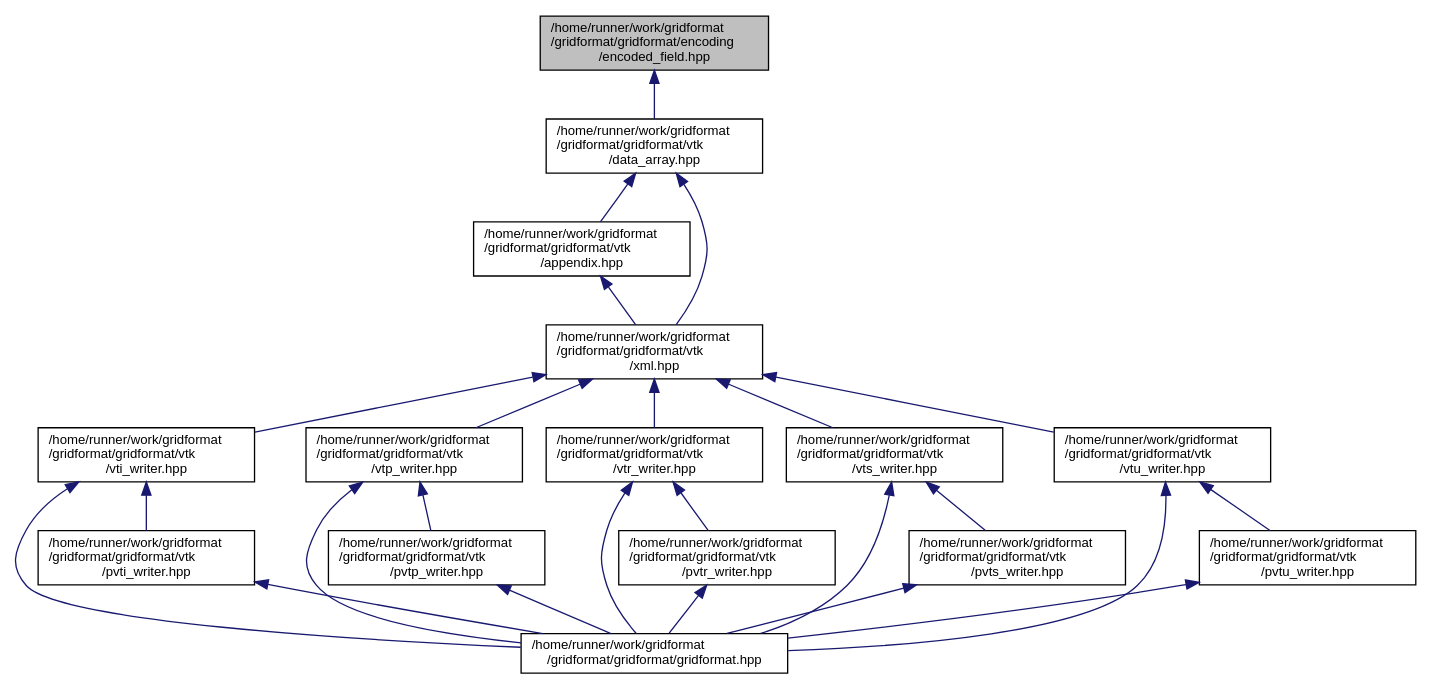
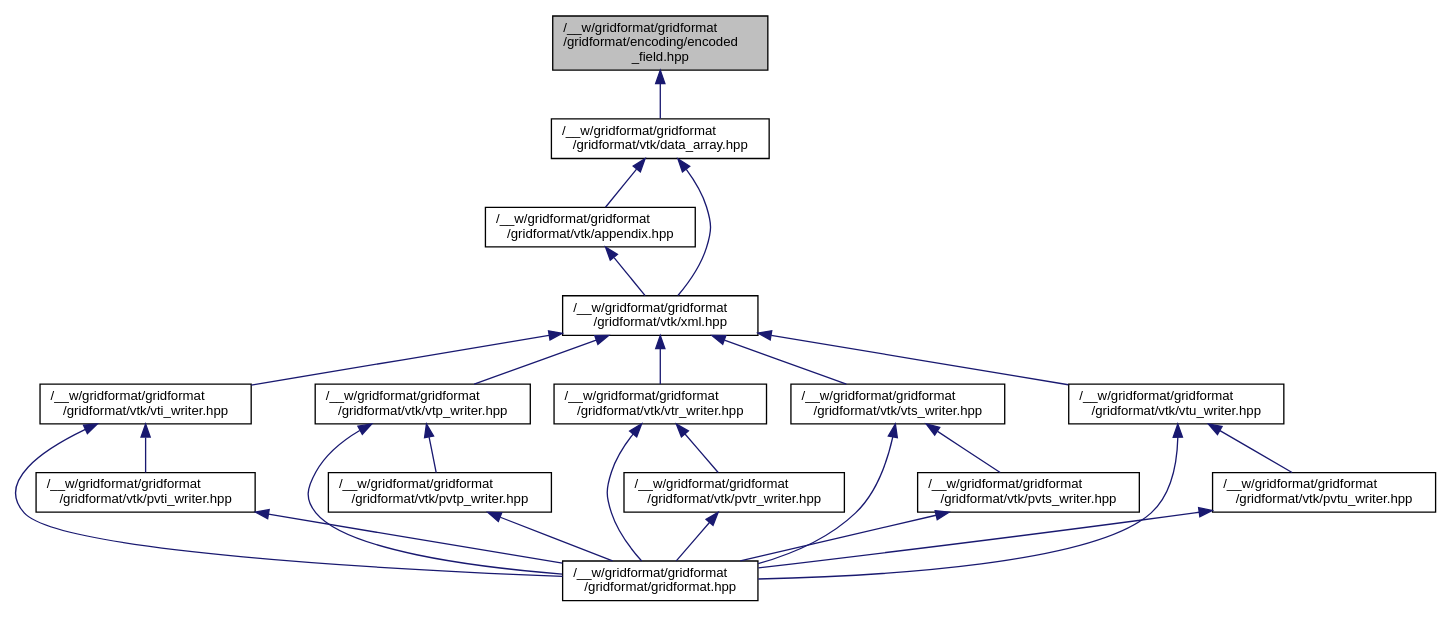
One commit to dglaeser/gridformat changed the diagram in encoded__field_8hpp__dep__incl.dot. Above: the diagram before and after it, drawn with Graphviz. The commit also changed 329 other files, not shown here.

```diff
--- a/encoded__field_8hpp__dep__incl.dot
+++ b/encoded__field_8hpp__dep__incl.dot
@@ -1,45 +1,45 @@
-digraph "/home/runner/work/gridformat/gridformat/gridformat/encoding/encoded_field.hpp"
+digraph "/__w/gridformat/gridformat/gridformat/encoding/encoded_field.hpp"
 {
  // LATEX_PDF_SIZE
   edge [fontname="Helvetica",fontsize="10",labelfontname="Helvetica",labelfontsize="10"];
   node [fontname="Helvetica",fontsize="10",shape=record];
-  Node1 [label="/home/runner/work/gridformat\l/gridformat/gridformat/encoding\l/encoded_field.hpp",height=0.2,width=0.4,color="black", fillcolor="grey75", style="filled", fontcolor="black",tooltip="Wraps a field and makes it streamable using encoding."];
+  Node1 [label="/__w/gridformat/gridformat\l/gridformat/encoding/encoded\l_field.hpp",height=0.2,width=0.4,color="black", fillcolor="grey75", style="filled", fontcolor="black",tooltip="Wraps a field and makes it streamable using encoding."];
   Node1 -> Node2 [dir="back",color="midnightblue",fontsize="10",style="solid",fontname="Helvetica"];
-  Node2 [label="/home/runner/work/gridformat\l/gridformat/gridformat/vtk\l/data_array.hpp",height=0.2,width=0.4,color="black", fillcolor="white", style="filled",URL="$data__array_8hpp.html",tooltip="Wraps a field and exposes it as VTK data array. Essentially, this implements the operator<< to stream..."];
+  Node2 [label="/__w/gridformat/gridformat\l/gridformat/vtk/data_array.hpp",height=0.2,width=0.4,color="black", fillcolor="white", style="filled",URL="$data__array_8hpp.html",tooltip="Wraps a field and exposes it as VTK data array. Essentially, this implements the operator<< to stream..."];
   Node2 -> Node3 [dir="back",color="midnightblue",fontsize="10",style="solid",fontname="Helvetica"];
-  Node3 [label="/home/runner/work/gridformat\l/gridformat/gridformat/vtk\l/appendix.hpp",height=0.2,width=0.4,color="black", fillcolor="white", style="filled",URL="$appendix_8hpp.html",tooltip="Helper classes for writing VTK appendices of xml formats."];
+  Node3 [label="/__w/gridformat/gridformat\l/gridformat/vtk/appendix.hpp",height=0.2,width=0.4,color="black", fillcolor="white", style="filled",URL="$appendix_8hpp.html",tooltip="Helper classes for writing VTK appendices of xml formats."];
   Node3 -> Node4 [dir="back",color="midnightblue",fontsize="10",style="solid",fontname="Helvetica"];
-  Node4 [label="/home/runner/work/gridformat\l/gridformat/gridformat/vtk\l/xml.hpp",height=0.2,width=0.4,color="black", fillcolor="white", style="filled",URL="$xml_8hpp.html",tooltip="Base class for VTK XML-type file format writers."];
+  Node4 [label="/__w/gridformat/gridformat\l/gridformat/vtk/xml.hpp",height=0.2,width=0.4,color="black", fillcolor="white", style="filled",URL="$xml_8hpp.html",tooltip="Base class for VTK XML-type file format writers."];
   Node4 -> Node5 [dir="back",color="midnightblue",fontsize="10",style="solid",fontname="Helvetica"];
-  Node5 [label="/home/runner/work/gridformat\l/gridformat/gridformat/vtk\l/vti_writer.hpp",height=0.2,width=0.4,color="black", fillcolor="white", style="filled",URL="$vti__writer_8hpp.html",tooltip="Writer for .vti file format."];
+  Node5 [label="/__w/gridformat/gridformat\l/gridformat/vtk/vti_writer.hpp",height=0.2,width=0.4,color="black", fillcolor="white", style="filled",URL="$vti__writer_8hpp.html",tooltip="Writer for .vti file format."];
   Node5 -> Node6 [dir="back",color="midnightblue",fontsize="10",style="solid",fontname="Helvetica"];
-  Node6 [label="/home/runner/work/gridformat\l/gridformat/gridformat/gridformat.hpp",height=0.2,width=0.4,color="black", fillcolor="white", style="filled",URL="$gridformat_8hpp.html",tooltip="This file is the entrypoint to the high-level API exposing all provided writers through a unified int..."];
+  Node6 [label="/__w/gridformat/gridformat\l/gridformat/gridformat.hpp",height=0.2,width=0.4,color="black", fillcolor="white", style="filled",URL="$gridformat_8hpp.html",tooltip="This file is the entrypoint to the high-level API exposing all provided writers through a unified int..."];
   Node5 -> Node7 [dir="back",color="midnightblue",fontsize="10",style="solid",fontname="Helvetica"];
-  Node7 [label="/home/runner/work/gridformat\l/gridformat/gridformat/vtk\l/pvti_writer.hpp",height=0.2,width=0.4,color="black", fillcolor="white", style="filled",URL="$pvti__writer_8hpp.html",tooltip="Writer for parallel .pvti files."];
+  Node7 [label="/__w/gridformat/gridformat\l/gridformat/vtk/pvti_writer.hpp",height=0.2,width=0.4,color="black", fillcolor="white", style="filled",URL="$pvti__writer_8hpp.html",tooltip="Writer for parallel .pvti files."];
   Node7 -> Node6 [dir="back",color="midnightblue",fontsize="10",style="solid",fontname="Helvetica"];
   Node4 -> Node8 [dir="back",color="midnightblue",fontsize="10",style="solid",fontname="Helvetica"];
-  Node8 [label="/home/runner/work/gridformat\l/gridformat/gridformat/vtk\l/vtp_writer.hpp",height=0.2,width=0.4,color="black", fillcolor="white", style="filled",URL="$vtp__writer_8hpp.html",tooltip="Writer for .vtu file format."];
+  Node8 [label="/__w/gridformat/gridformat\l/gridformat/vtk/vtp_writer.hpp",height=0.2,width=0.4,color="black", fillcolor="white", style="filled",URL="$vtp__writer_8hpp.html",tooltip="Writer for .vtu file format."];
   Node8 -> Node6 [dir="back",color="midnightblue",fontsize="10",style="solid",fontname="Helvetica"];
   Node8 -> Node9 [dir="back",color="midnightblue",fontsize="10",style="solid",fontname="Helvetica"];
-  Node9 [label="/home/runner/work/gridformat\l/gridformat/gridformat/vtk\l/pvtp_writer.hpp",height=0.2,width=0.4,color="black", fillcolor="white", style="filled",URL="$pvtp__writer_8hpp.html",tooltip="Writer for parallel .pvtu files."];
+  Node9 [label="/__w/gridformat/gridformat\l/gridformat/vtk/pvtp_writer.hpp",height=0.2,width=0.4,color="black", fillcolor="white", style="filled",URL="$pvtp__writer_8hpp.html",tooltip="Writer for parallel .pvtu files."];
   Node9 -> Node6 [dir="back",color="midnightblue",fontsize="10",style="solid",fontname="Helvetica"];
   Node4 -> Node10 [dir="back",color="midnightblue",fontsize="10",style="solid",fontname="Helvetica"];
-  Node10 [label="/home/runner/work/gridformat\l/gridformat/gridformat/vtk\l/vtr_writer.hpp",height=0.2,width=0.4,color="black", fillcolor="white", style="filled",URL="$vtr__writer_8hpp.html",tooltip="Writer for .vtr file format."];
+  Node10 [label="/__w/gridformat/gridformat\l/gridformat/vtk/vtr_writer.hpp",height=0.2,width=0.4,color="black", fillcolor="white", style="filled",URL="$vtr__writer_8hpp.html",tooltip="Writer for .vtr file format."];
   Node10 -> Node6 [dir="back",color="midnightblue",fontsize="10",style="solid",fontname="Helvetica"];
   Node10 -> Node11 [dir="back",color="midnightblue",fontsize="10",style="solid",fontname="Helvetica"];
-  Node11 [label="/home/runner/work/gridformat\l/gridformat/gridformat/vtk\l/pvtr_writer.hpp",height=0.2,width=0.4,color="black", fillcolor="white", style="filled",URL="$pvtr__writer_8hpp.html",tooltip="Writer for parallel .pvtr files."];
+  Node11 [label="/__w/gridformat/gridformat\l/gridformat/vtk/pvtr_writer.hpp",height=0.2,width=0.4,color="black", fillcolor="white", style="filled",URL="$pvtr__writer_8hpp.html",tooltip="Writer for parallel .pvtr files."];
   Node11 -> Node6 [dir="back",color="midnightblue",fontsize="10",style="solid",fontname="Helvetica"];
   Node4 -> Node12 [dir="back",color="midnightblue",fontsize="10",style="solid",fontname="Helvetica"];
-  Node12 [label="/home/runner/work/gridformat\l/gridformat/gridformat/vtk\l/vts_writer.hpp",height=0.2,width=0.4,color="black", fillcolor="white", style="filled",URL="$vts__writer_8hpp.html",tooltip="Writer for .vts file format."];
+  Node12 [label="/__w/gridformat/gridformat\l/gridformat/vtk/vts_writer.hpp",height=0.2,width=0.4,color="black", fillcolor="white", style="filled",URL="$vts__writer_8hpp.html",tooltip="Writer for .vts file format."];
   Node12 -> Node6 [dir="back",color="midnightblue",fontsize="10",style="solid",fontname="Helvetica"];
   Node12 -> Node13 [dir="back",color="midnightblue",fontsize="10",style="solid",fontname="Helvetica"];
-  Node13 [label="/home/runner/work/gridformat\l/gridformat/gridformat/vtk\l/pvts_writer.hpp",height=0.2,width=0.4,color="black", fillcolor="white", style="filled",URL="$pvts__writer_8hpp.html",tooltip="Writer for parallel .pvts files."];
+  Node13 [label="/__w/gridformat/gridformat\l/gridformat/vtk/pvts_writer.hpp",height=0.2,width=0.4,color="black", fillcolor="white", style="filled",URL="$pvts__writer_8hpp.html",tooltip="Writer for parallel .pvts files."];
   Node13 -> Node6 [dir="back",color="midnightblue",fontsize="10",style="solid",fontname="Helvetica"];
   Node4 -> Node14 [dir="back",color="midnightblue",fontsize="10",style="solid",fontname="Helvetica"];
-  Node14 [label="/home/runner/work/gridformat\l/gridformat/gridformat/vtk\l/vtu_writer.hpp",height=0.2,width=0.4,color="black", fillcolor="white", style="filled",URL="$vtu__writer_8hpp.html",tooltip="Writer for .vtu file format."];
+  Node14 [label="/__w/gridformat/gridformat\l/gridformat/vtk/vtu_writer.hpp",height=0.2,width=0.4,color="black", fillcolor="white", style="filled",URL="$vtu__writer_8hpp.html",tooltip="Writer for .vtu file format."];
   Node14 -> Node6 [dir="back",color="midnightblue",fontsize="10",style="solid",fontname="Helvetica"];
   Node14 -> Node15 [dir="back",color="midnightblue",fontsize="10",style="solid",fontname="Helvetica"];
-  Node15 [label="/home/runner/work/gridformat\l/gridformat/gridformat/vtk\l/pvtu_writer.hpp",height=0.2,width=0.4,color="black", fillcolor="white", style="filled",URL="$pvtu__writer_8hpp.html",tooltip="Writer for parallel .pvtu files."];
+  Node15 [label="/__w/gridformat/gridformat\l/gridformat/vtk/pvtu_writer.hpp",height=0.2,width=0.4,color="black", fillcolor="white", style="filled",URL="$pvtu__writer_8hpp.html",tooltip="Writer for parallel .pvtu files."];
   Node15 -> Node6 [dir="back",color="midnightblue",fontsize="10",style="solid",fontname="Helvetica"];
   Node2 -> Node4 [dir="back",color="midnightblue",fontsize="10",style="solid",fontname="Helvetica"];
 }
```
